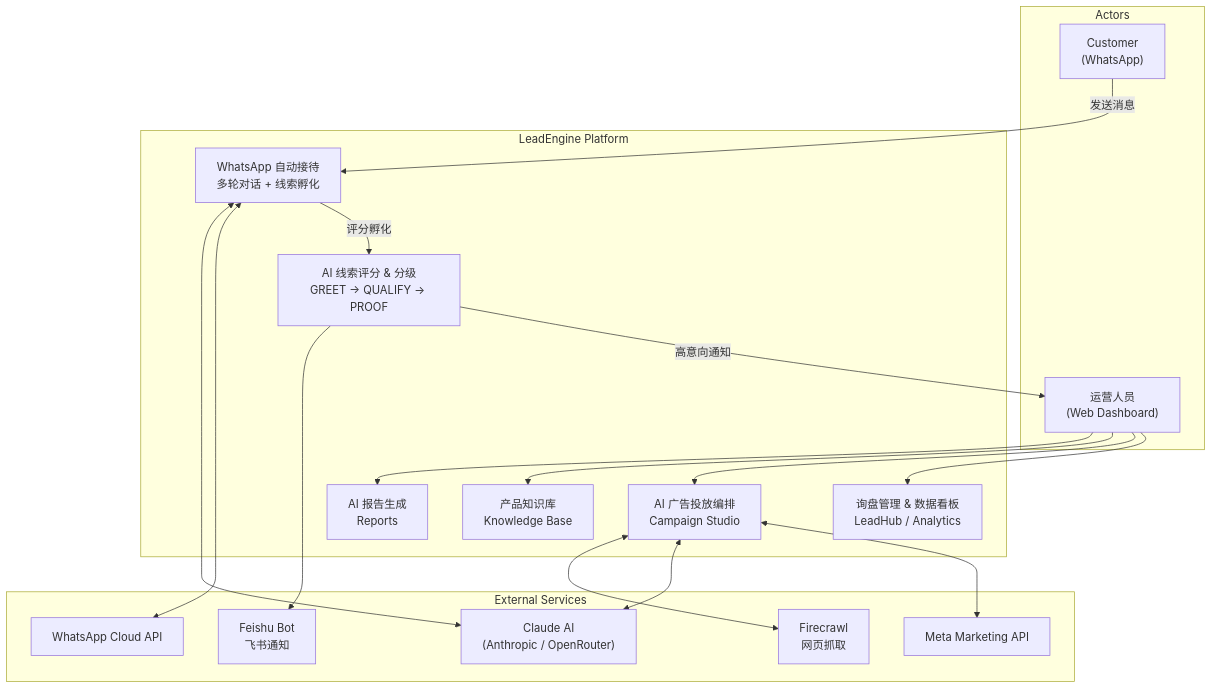
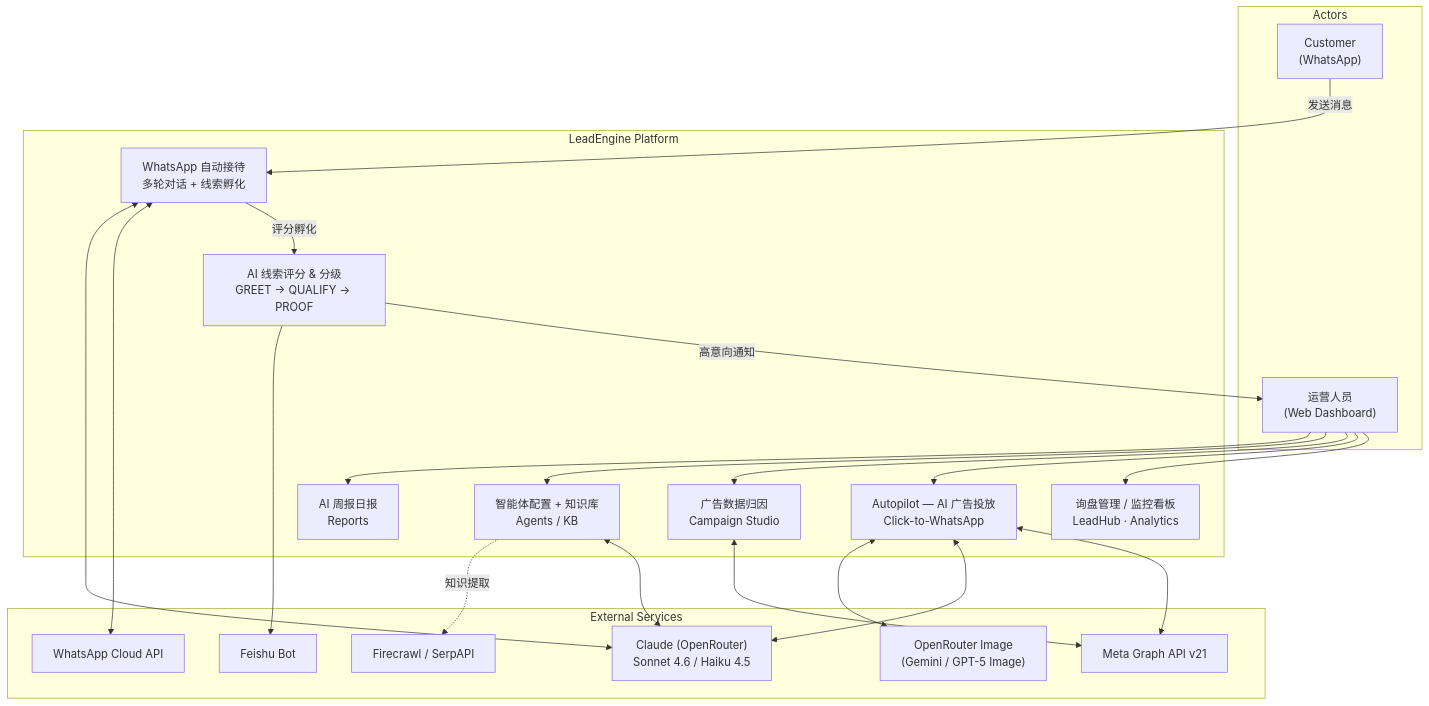
One commit to Sciiaok/xuqiu-bot changed the first of 12 diagrams in README.md. Above: the diagram before and after it, drawn with Mermaid. The commit also changed other lines of this file and 172 other files, not shown here.

````diff
--- a/README.md
+++ b/README.md
@@ -26,39 +27,45 @@
 ```mermaid
 graph TB
     subgraph Actors
         Customer["Customer<br/>(WhatsApp)"]
         Operator["运营人员<br/>(Web Dashboard)"]
     end
 
     subgraph LeadEngine["LeadEngine Platform"]
         UC1["WhatsApp 自动接待<br/>多轮对话 + 线索孵化"]
         UC2["AI 线索评分 & 分级<br/>GREET → QUALIFY → PROOF"]
-        UC3["询盘管理 & 数据看板<br/>LeadHub / Analytics"]
-        UC4["AI 广告投放编排<br/>Campaign Studio"]
-        UC5["产品知识库<br/>Knowledge Base"]
-        UC6["AI 报告生成<br/>Reports"]
+        UC3["询盘管理 / 监控看板<br/>LeadHub · Analytics"]
+        UC4["Autopilot — AI 广告投放<br/>Click-to-WhatsApp"]
+        UC5["广告数据归因<br/>Campaign Studio"]
+        UC6["智能体配置 + 知识库<br/>Agents / KB"]
+        UC7["AI 周报日报<br/>Reports"]
     end
 
     subgraph External["External Services"]
         WA["WhatsApp Cloud API"]
-        Claude["Claude AI<br/>(Anthropic / OpenRouter)"]
-        Meta["Meta Marketing API"]
-        Firecrawl["Firecrawl<br/>网页抓取"]
-        Feishu["Feishu Bot<br/>飞书通知"]
+        Claude["Claude (OpenRouter)<br/>Sonnet 4.6 / Haiku 4.5"]
+        Meta["Meta Graph API v21"]
+        Image["OpenRouter Image<br/>(Gemini / GPT-5 Image)"]
+        Firecrawl["Firecrawl / SerpAPI"]
+        Feishu["Feishu Bot"]
     end
 
     Customer -->|发送消息| UC1
     UC1 -->|评分孵化| UC2
     UC2 -->|高意向通知| Operator
     Operator --> UC3
     Operator --> UC4
     Operator --> UC5
     Operator --> UC6
+    Operator --> UC7
 
     UC1 <--> WA
     UC1 <--> Claude
     UC4 <--> Meta
     UC4 <--> Claude
-    UC4 <--> Firecrawl
+    UC4 <--> Image
+    UC5 <--> Meta
+    UC6 <--> Claude
     UC2 --> Feishu
+    UC6 -.知识提取.-> Firecrawl
 ```
````
